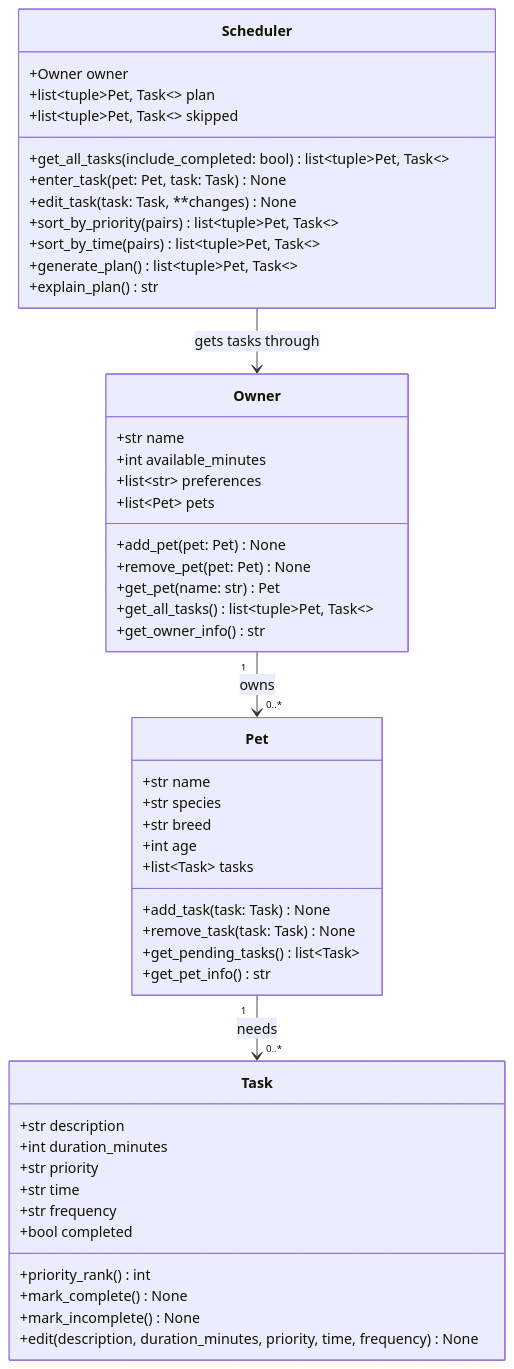
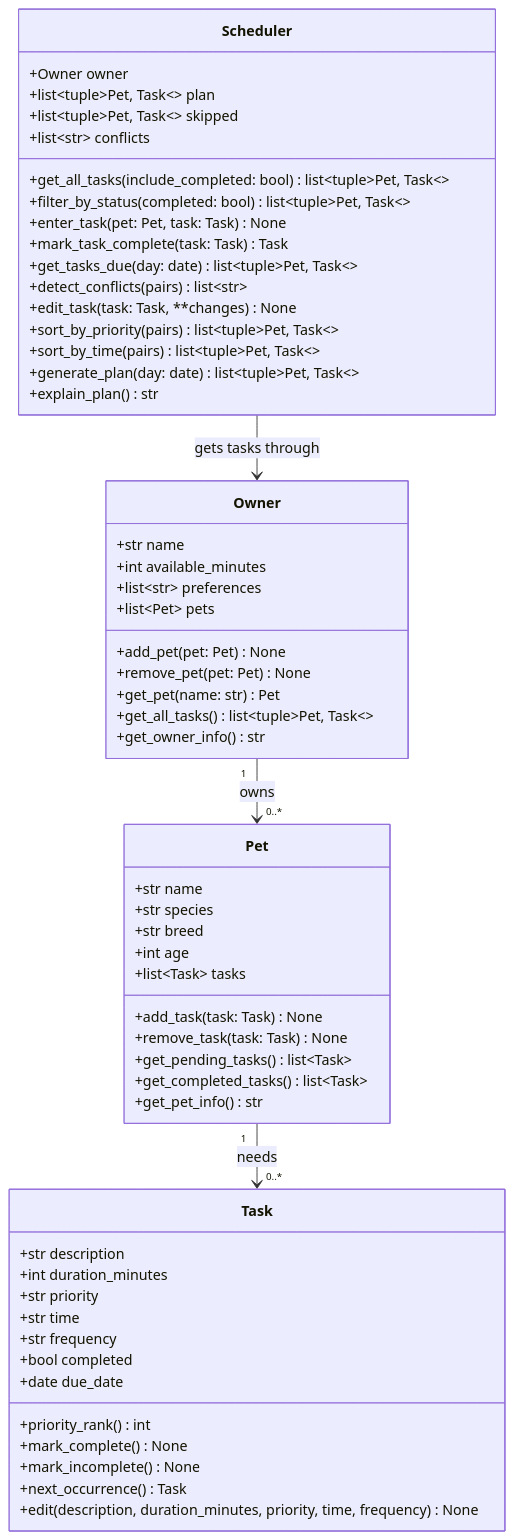
One commit to palston20/ai110-module2show-pawpal-starter changed the diagram in diagrams/uml.mmd. Above: the diagram before and after it, drawn with Mermaid. The commit also changed 7 other files, not shown here.

```diff
--- a/diagrams/uml.mmd
+++ b/diagrams/uml.mmd
@@ -1,56 +1,64 @@
 classDiagram
     %% PawPal+ class design. Keep this file updated so it matches your final implementation.
 
     class Owner {
         +str name
         +int available_minutes
         +list~str~ preferences
         +list~Pet~ pets
         +add_pet(pet: Pet) None
         +remove_pet(pet: Pet) None
         +get_pet(name: str) Pet
         +get_all_tasks() list~tuple~Pet, Task~~
         +get_owner_info() str
     }
 
     class Pet {
         +str name
         +str species
         +str breed
         +int age
         +list~Task~ tasks
         +add_task(task: Task) None
         +remove_task(task: Task) None
         +get_pending_tasks() list~Task~
+        +get_completed_tasks() list~Task~
         +get_pet_info() str
     }
 
     class Task {
         +str description
         +int duration_minutes
         +str priority
         +str time
         +str frequency
         +bool completed
+        +date due_date
         +priority_rank() int
         +mark_complete() None
         +mark_incomplete() None
+        +next_occurrence() Task
         +edit(description, duration_minutes, priority, time, frequency) None
     }
 
     class Scheduler {
         +Owner owner
         +list~tuple~Pet, Task~~ plan
         +list~tuple~Pet, Task~~ skipped
+        +list~str~ conflicts
         +get_all_tasks(include_completed: bool) list~tuple~Pet, Task~~
+        +filter_by_status(completed: bool) list~tuple~Pet, Task~~
         +enter_task(pet: Pet, task: Task) None
+        +mark_task_complete(task: Task) Task
+        +get_tasks_due(day: date) list~tuple~Pet, Task~~
+        +detect_conflicts(pairs) list~str~
         +edit_task(task: Task, **changes) None
         +sort_by_priority(pairs) list~tuple~Pet, Task~~
         +sort_by_time(pairs) list~tuple~Pet, Task~~
-        +generate_plan() list~tuple~Pet, Task~~
+        +generate_plan(day: date) list~tuple~Pet, Task~~
         +explain_plan() str
     }
 
     Owner "1" --> "0..*" Pet : owns
     Pet "1" --> "0..*" Task : needs
     Scheduler --> Owner : gets tasks through
```
